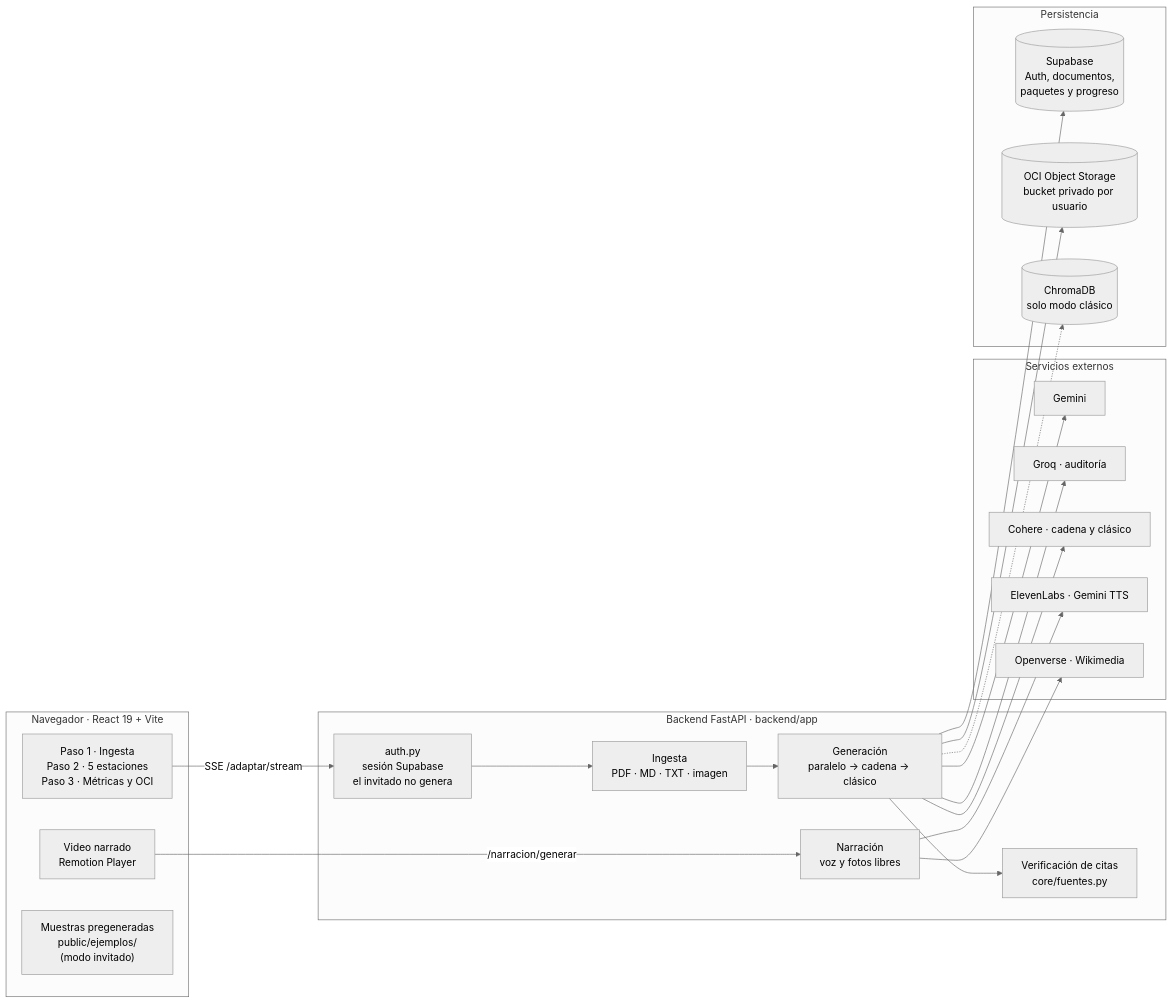
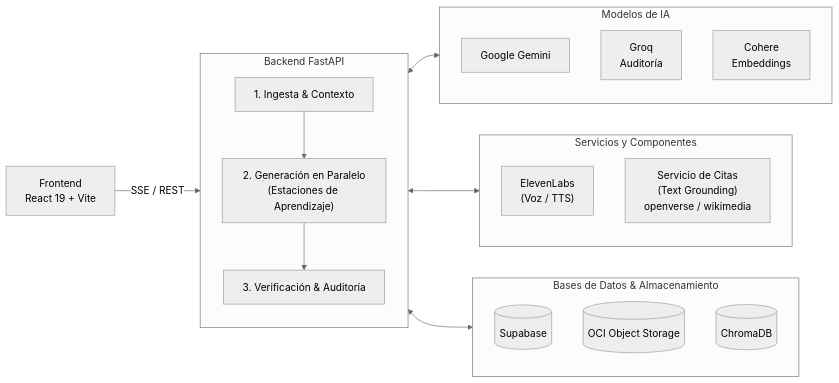
The diagram in README.md (No-Country-simulation/G10-LATAM-equipo10NovaMind), drawn with Mermaid (neutral theme) before and after one commit. The commit also changed other lines of this file and 3 other files, not shown here.

````diff
--- a/README.md
+++ b/README.md
@@ -110,33 +154,33 @@
 ```mermaid
 flowchart LR
-    subgraph NAV["Navegador · React 19 + Vite"]
-        UI["Paso 1 · Ingesta<br/>Paso 2 · 5 estaciones<br/>Paso 3 · Métricas y OCI"]
-        VID["Video narrado<br/>Remotion Player"]
-        MUE["Muestras pregeneradas<br/>public/ejemplos/<br/>(modo invitado)"]
-    end
-    subgraph API["Backend FastAPI · backend/app"]
-        AUTH["auth.py<br/>sesión Supabase<br/>el invitado no genera"]
-        ING["Ingesta<br/>PDF · MD · TXT · imagen"]
-        GEN["Generación<br/>paralelo → cadena → clásico"]
-        VER["Verificación de citas<br/>core/fuentes.py"]
-        NAR["Narración<br/>voz y fotos libres"]
-    end
-    subgraph EXT["Servicios externos"]
-        GEM["Gemini"]
-        GROQ["Groq · auditoría"]
-        COH["Cohere · cadena y clásico"]
-        VOZ["ElevenLabs · Gemini TTS"]
-        IMG["Openverse · Wikimedia"]
-    end
-    subgraph DAT["Persistencia"]
-        SUP[("Supabase<br/>Auth, documentos,<br/>paquetes y progreso")]
-        OCI[("OCI Object Storage<br/>bucket privado por usuario")]
-        CHR[("ChromaDB<br/>solo modo clásico")]
+    FE["Frontend<br/>React 19 + Vite"] -->|"SSE / REST"| BE
+
+    subgraph BE["Backend FastAPI"]
+        direction TB
+        P1["1. Ingesta & Contexto"] --> P2["2. Generación en Paralelo<br/>(Estaciones de Aprendizaje)"] --> P3["3. Verificación & Auditoría"]
     end
 
-    UI -->|"SSE /adaptar/stream"| AUTH --> ING --> GEN --> VER
-    GEN --> GEM & GROQ & COH
-    GEN --> SUP & OCI
-    GEN -.-> CHR
-    VID -->|"/narracion/generar"| NAR --> VOZ & IMG
+    subgraph IA["Modelos de IA"]
+        direction TB
+        GEM["Google Gemini"]
+        GROQ["Groq<br/>Auditoría"]
+        COH["Cohere<br/>Embeddings"]
+    end
+
+    subgraph EXT["Servicios y Componentes"]
+        direction TB
+        VOZ["ElevenLabs<br/>(Voz / TTS)"]
+        CITAS["Servicio de Citas<br/>(Text Grounding)<br/>openverse / wikimedia"]
+    end
+
+    subgraph BD["Bases de Datos & Almacenamiento"]
+        direction TB
+        SUP[("Supabase")]
+        OCI[("OCI Object Storage")]
+        CHR[("ChromaDB")]
+    end
+
+    BE <--> IA
+    BE <--> EXT
+    BE <--> BD
 ```
````
